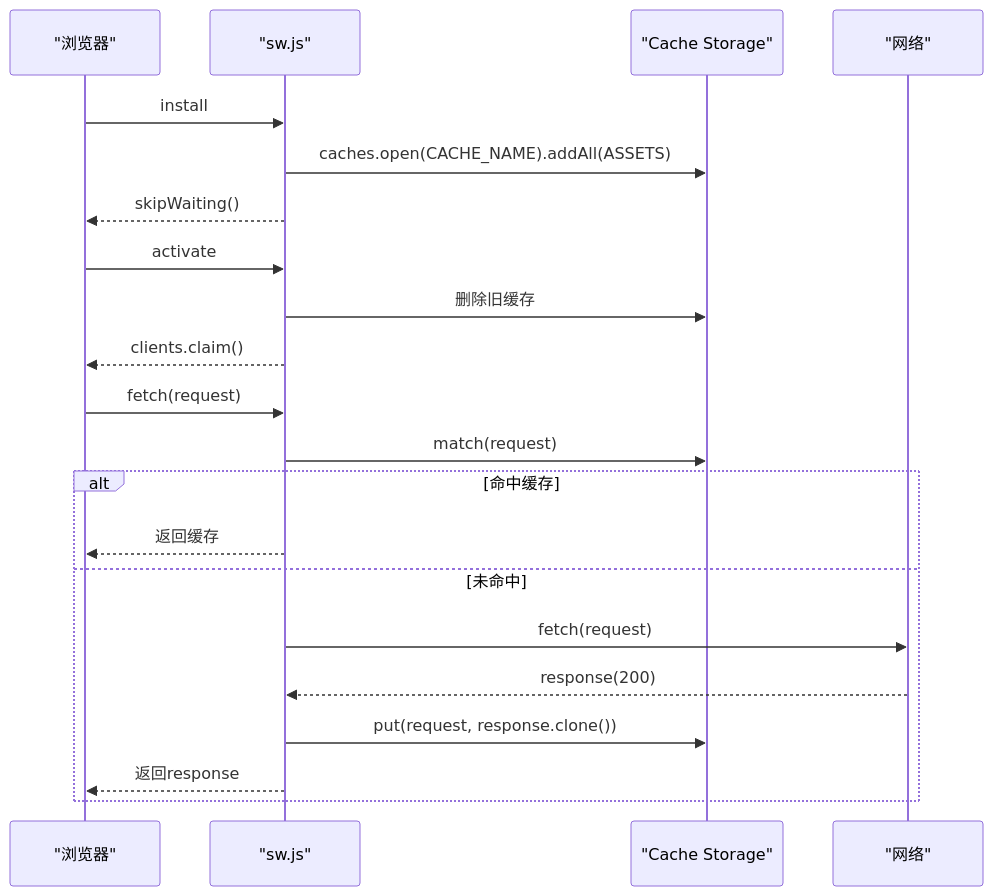
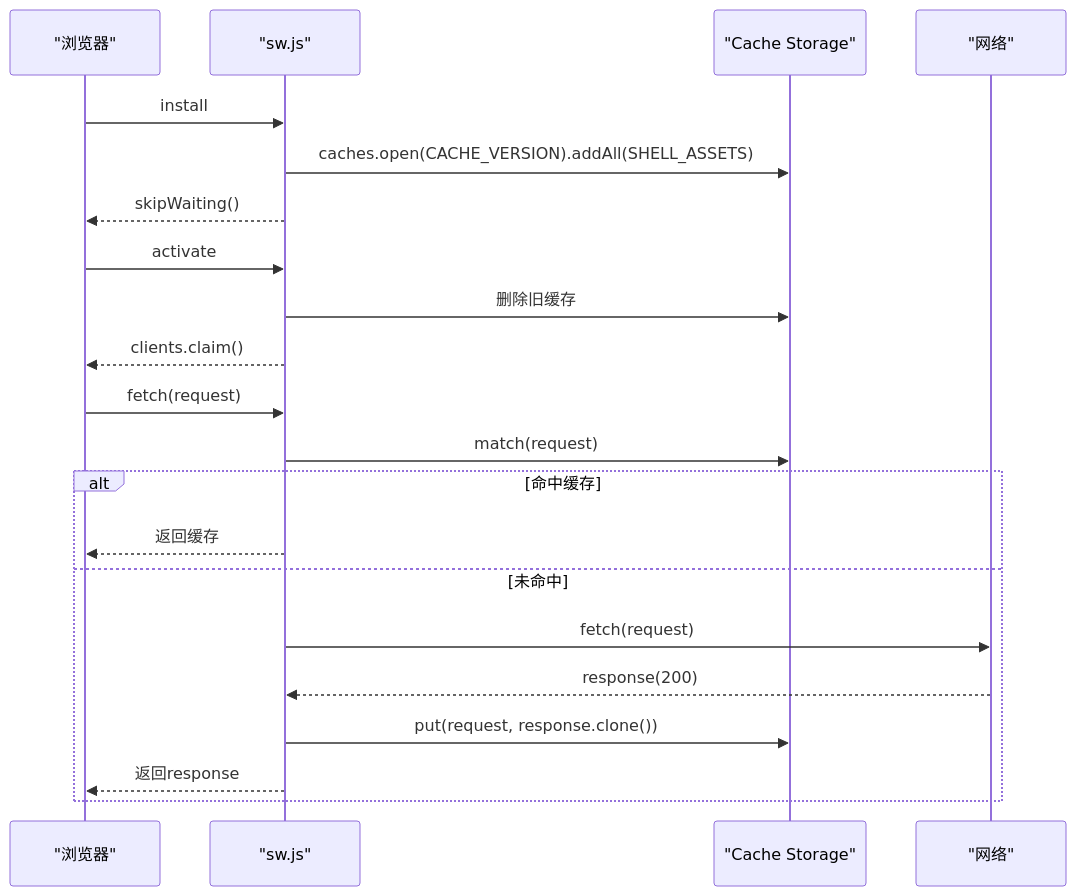
Before and after one commit to allengaller/repo-database: the fourth of 10 diagrams in .qoder/repowiki/zh/content/前端架构/前端架构.md, drawn with Mermaid. The commit also changed other lines of this file and 38 other files, not shown here.

````diff
--- a/.qoder/repowiki/zh/content/前端架构/前端架构.md
+++ b/.qoder/repowiki/zh/content/前端架构/前端架构.md
@@ -167,23 +195,23 @@
 ```mermaid
 sequenceDiagram
 participant B as "浏览器"
 participant SW as "sw.js"
 participant Cache as "Cache Storage"
 participant Net as "网络"
 B->>SW : install
-SW->>Cache : caches.open(CACHE_NAME).addAll(ASSETS)
+SW->>Cache : caches.open(CACHE_VERSION).addAll(SHELL_ASSETS)
 SW-->>B : skipWaiting()
 B->>SW : activate
 SW->>Cache : 删除旧缓存
 SW-->>B : clients.claim()
 B->>SW : fetch(request)
 SW->>Cache : match(request)
 alt 命中缓存
 SW-->>B : 返回缓存
 else 未命中
 SW->>Net : fetch(request)
 Net-->>SW : response(200)
 SW->>Cache : put(request, response.clone())
 SW-->>B : 返回response
 end
 ```
````
